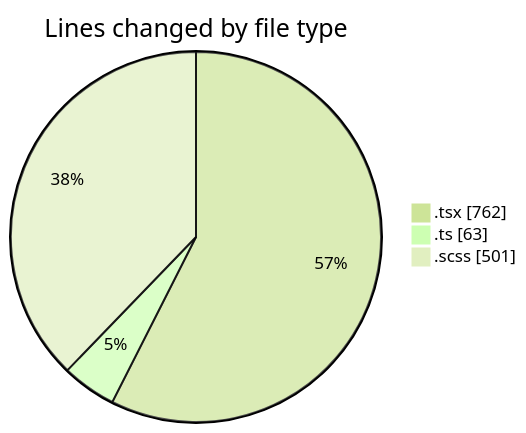
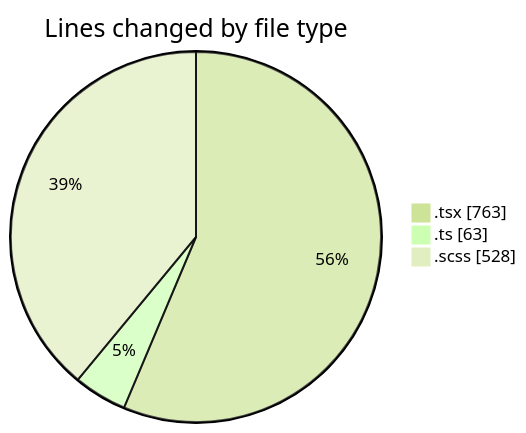
The first of 2 diagrams in 2025-04-02/cda/README.md (momahboobian/code-tracking), drawn with Mermaid (forest theme) before and after one commit. The commit also changed other lines of this file and 1 other file, not shown here.

````diff
--- a/2025-04-02/cda/README.md
+++ b/2025-04-02/cda/README.md
@@ -26,7 +26,7 @@
 ```mermaid
 pie showData
 title Lines changed by file type
-".tsx" : 762
+".tsx" : 763
 ".ts" : 63
-".scss" : 501
+".scss" : 528
 ```
````
